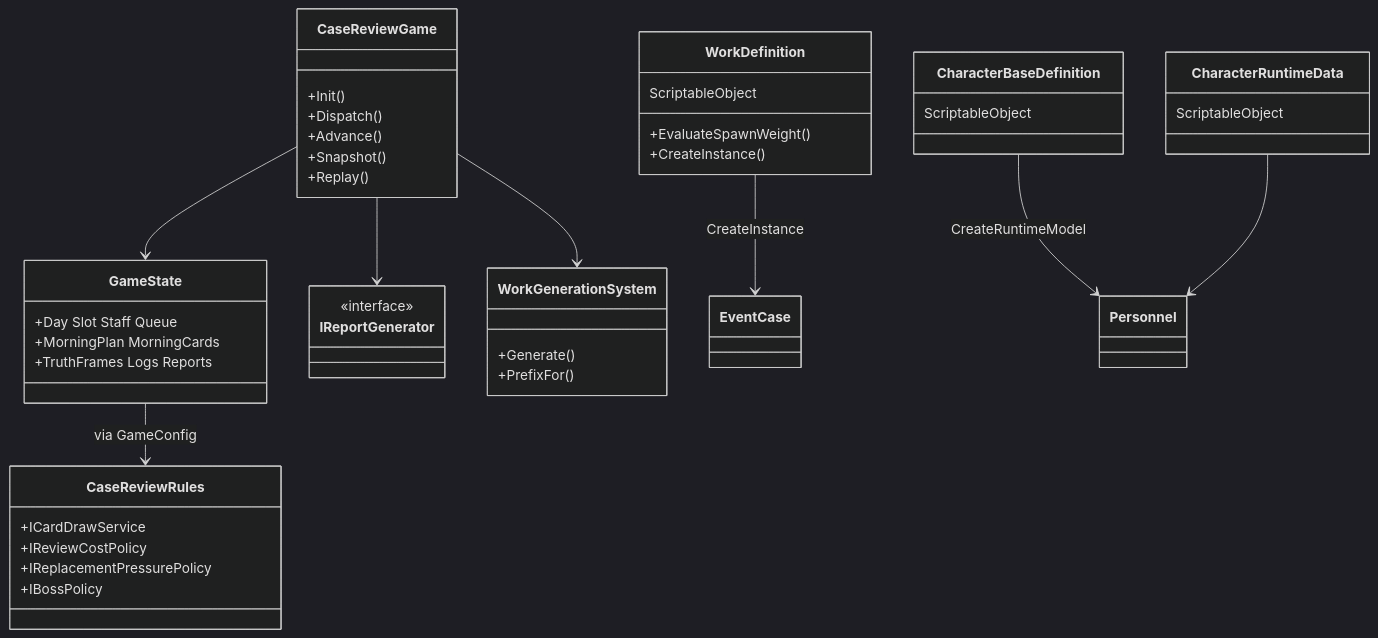
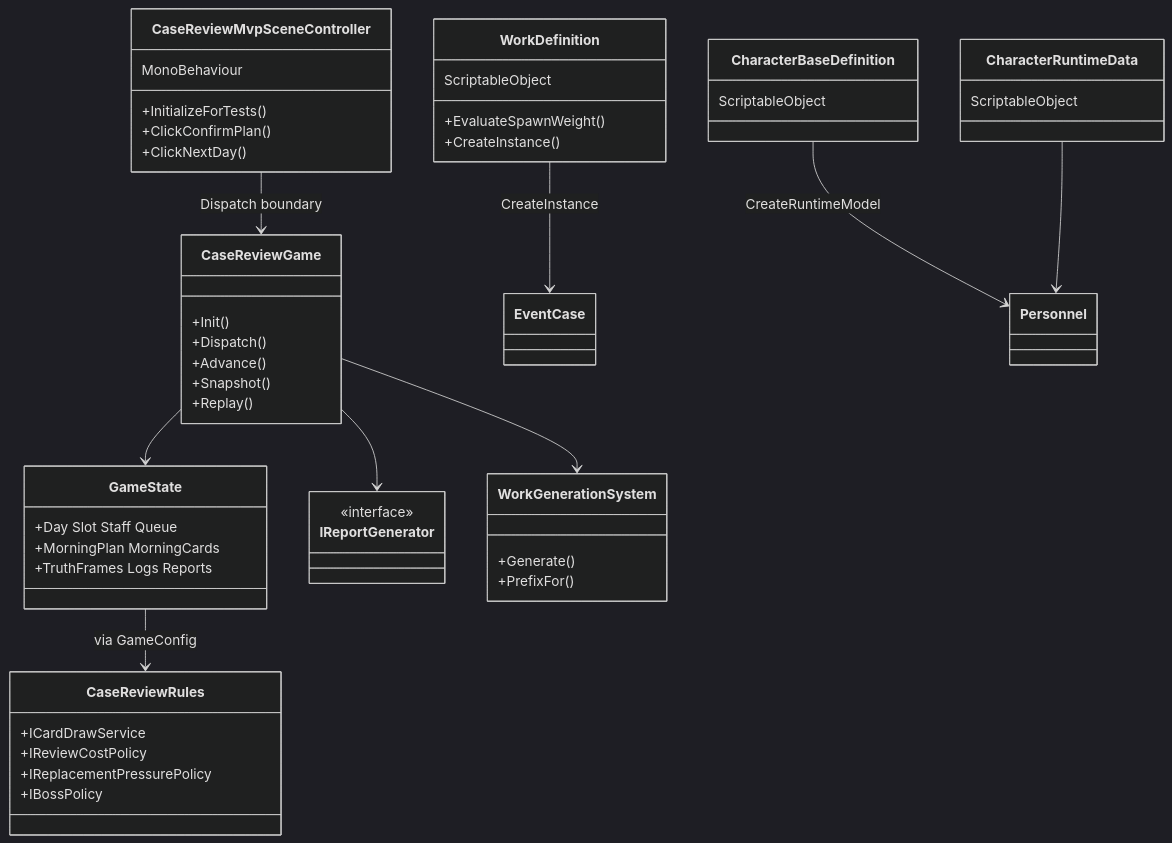
Before and after one commit to BaekNothing/ProjectW: diagram 11 of 17 in Assets/Specification/Architecture – ProjectW System Overview.md, drawn with Mermaid (dark theme). The commit also changed other lines of this file and 2 other files, not shown here.

First line of the commit message:
feat: reorganize MVP desktop UI

````diff
--- a/Assets/Specification/Architecture – ProjectW System Overview.md
+++ b/Assets/Specification/Architecture – ProjectW System Overview.md
@@ -383,47 +398,54 @@
 ```mermaid
 classDiagram
   class CaseReviewGame {
     +Init()
     +Dispatch()
     +Advance()
     +Snapshot()
     +Replay()
+  }
+  class CaseReviewMvpSceneController {
+    MonoBehaviour
+    +InitializeForTests()
+    +ClickConfirmPlan()
+    +ClickNextDay()
   }
   class GameState {
     +Day Slot Staff Queue
     +MorningPlan MorningCards
     +TruthFrames Logs Reports
   }
   class CaseReviewRules {
     +ICardDrawService
     +IReviewCostPolicy
     +IReplacementPressurePolicy
     +IBossPolicy
   }
   class IReportGenerator {
     <<interface>>
   }
   class WorkDefinition {
     ScriptableObject
     +EvaluateSpawnWeight()
     +CreateInstance()
   }
   class WorkGenerationSystem {
     +Generate()
     +PrefixFor()
   }
   class CharacterBaseDefinition {
     ScriptableObject
   }
   class CharacterRuntimeData {
     ScriptableObject
   }
 
+  CaseReviewMvpSceneController --> CaseReviewGame : Dispatch boundary
   CaseReviewGame --> GameState
   GameState --> CaseReviewRules : via GameConfig
   CaseReviewGame --> IReportGenerator
   CaseReviewGame --> WorkGenerationSystem
   WorkDefinition --> EventCase : CreateInstance
   CharacterBaseDefinition --> Personnel : CreateRuntimeModel
   CharacterRuntimeData --> Personnel
 ```
````
